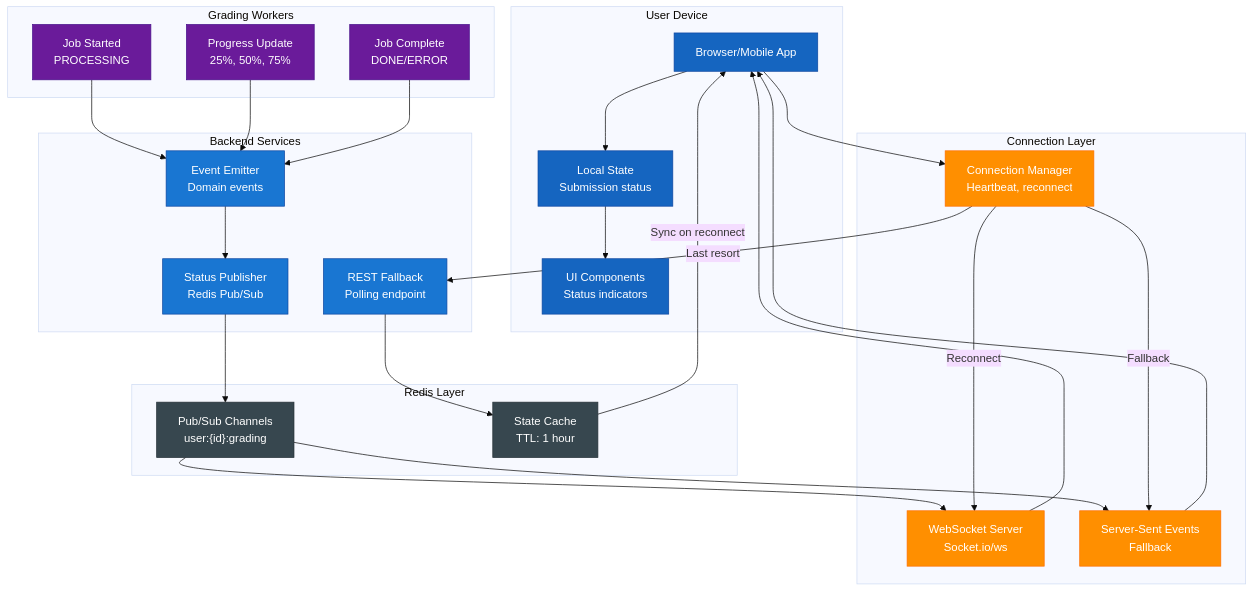
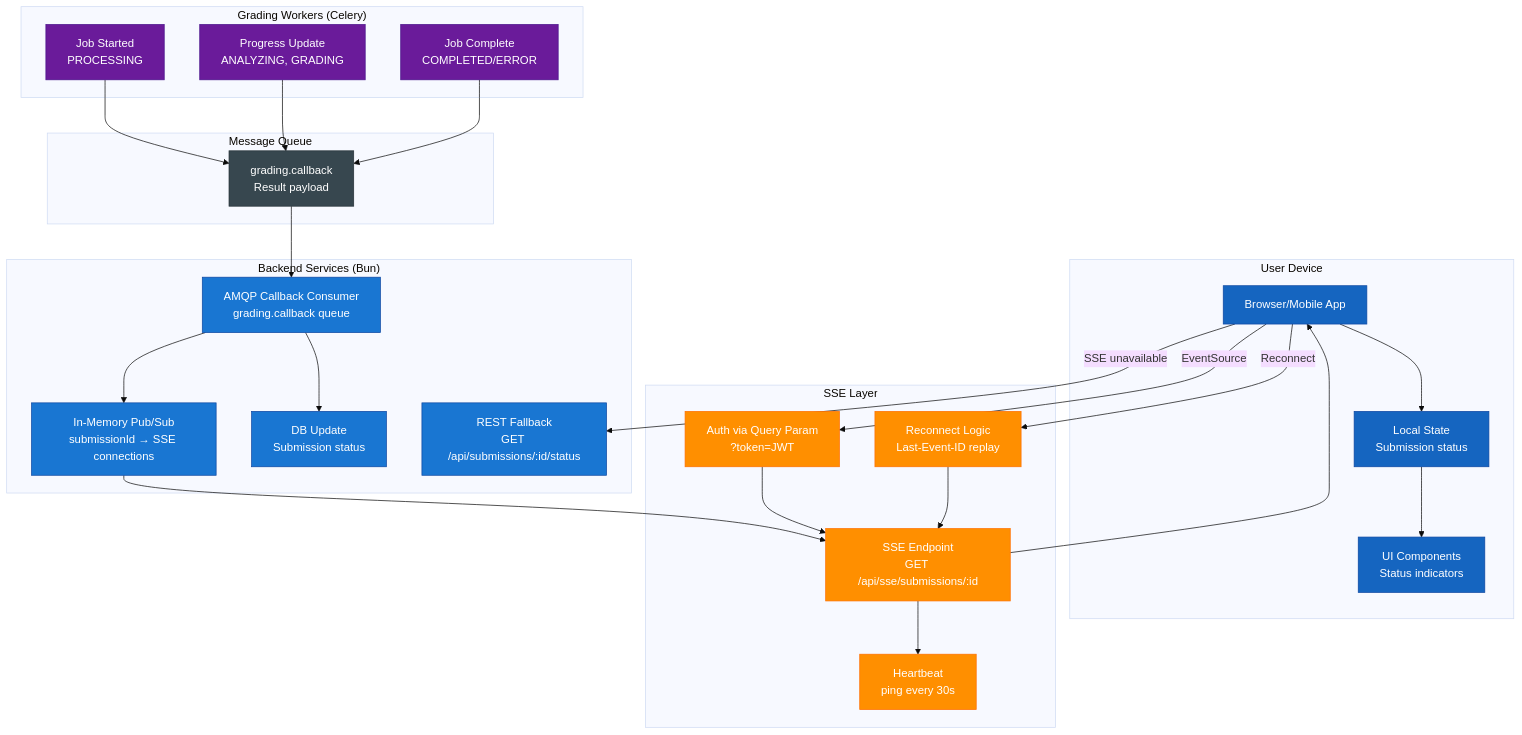
The fifth of 13 diagrams in docs/capstone/diagrams/flow-diagrams.vi.md (nghyane/VSTEP), drawn with Mermaid (base theme) before and after one commit. The commit also changed other lines of this file and 25 other files, not shown here.

````diff
--- a/docs/capstone/diagrams/flow-diagrams.vi.md
+++ b/docs/capstone/diagrams/flow-diagrams.vi.md
@@ -418,69 +415,70 @@
 ```mermaid
 flowchart TB
     subgraph UserDevice ["User Device"]
         Browser["Browser/Mobile App"]
         LocalState["Local State<br/>Submission status"]
         UI["UI Components<br/>Status indicators"]
     end
 
-    subgraph Connection ["Connection Layer"]
-        WebSocket["WebSocket Server<br/>Socket.io/ws"]
-        SSE["Server-Sent Events<br/>Fallback"]
-        ConnectionManager["Connection Manager<br/>Heartbeat, reconnect"]
+    subgraph SSELayer ["SSE Layer"]
+        SSEEndpoint["SSE Endpoint<br/>GET /api/sse/submissions/:id"]
+        SSEAuth["Auth via Query Param<br/>?token=JWT"]
+        Heartbeat["Heartbeat<br/>ping every 30s"]
+        ReconnectLogic["Reconnect Logic<br/>Last-Event-ID replay"]
     end
 
-    subgraph Backend ["Backend Services"]
-        StatusPublisher["Status Publisher<br/>Redis Pub/Sub"]
-        EventEmitter["Event Emitter<br/>Domain events"]
-        RESTFallback["REST Fallback<br/>Polling endpoint"]
+    subgraph Backend ["Backend Services (Bun)"]
+        CallbackConsumer["AMQP Callback Consumer<br/>grading.callback queue"]
+        InMemoryPubSub["In-Memory Pub/Sub<br/>submissionId → SSE connections"]
+        DBUpdate["DB Update<br/>Submission status"]
+        RESTFallback["REST Fallback<br/>GET /api/submissions/:id/status"]
     end
 
-    subgraph GradingWorkers ["Grading Workers"]
+    subgraph GradingWorkers ["Grading Workers (Celery)"]
         JobStart["Job Started<br/>PROCESSING"]
-        ProgressUpdate["Progress Update<br/>25%, 50%, 75%"]
-        JobComplete["Job Complete<br/>DONE/ERROR"]
+        ProgressUpdate["Progress Update<br/>ANALYZING, GRADING"]
+        JobComplete["Job Complete<br/>COMPLETED/ERROR"]
     end
 
-    subgraph Redis ["Redis Layer"]
-        PubSub["Pub/Sub Channels<br/>user:{id}:grading"]
-        StateCache["State Cache<br/>TTL: 1 hour"]
+    subgraph MessageQueue ["Message Queue"]
+        CallbackQueue["grading.callback<br/>Result payload"]
     end
 
-    %% Status flow
-    JobStart --> EventEmitter
-    ProgressUpdate --> EventEmitter
-    JobComplete --> EventEmitter
+    %% Grading → Callback flow
+    JobStart --> CallbackQueue
+    ProgressUpdate --> CallbackQueue
+    JobComplete --> CallbackQueue
 
-    EventEmitter --> StatusPublisher
-    StatusPublisher --> PubSub
-    PubSub --> WebSocket
-    PubSub --> SSE
+    %% AMQP Consumer → SSE bridge
+    CallbackQueue --> CallbackConsumer
+    CallbackConsumer --> DBUpdate
+    CallbackConsumer --> InMemoryPubSub
+    InMemoryPubSub --> SSEEndpoint
 
-    %% To user
-    WebSocket --> Browser
-    SSE --> Browser
+    %% SSE → User
+    SSEEndpoint --> Browser
     Browser --> LocalState
     LocalState --> UI
 
-    %% Connection management
-    Browser --> ConnectionManager
-    ConnectionManager -->|"Reconnect"| WebSocket
-    ConnectionManager -->|"Fallback"| SSE
-    ConnectionManager -->|"Last resort"| RESTFallback
+    %% SSE connection management
+    Browser -->|"EventSource"| SSEAuth
+    SSEAuth --> SSEEndpoint
+    SSEEndpoint --> Heartbeat
+    Browser -->|"Reconnect"| ReconnectLogic
+    ReconnectLogic --> SSEEndpoint
 
-    %% State sync
-    RESTFallback --> StateCache
-    StateCache -->|"Sync on reconnect"| Browser
+    %% Fallback
+    Browser -->|"SSE unavailable"| RESTFallback
 
     classDef user fill:#1565c0,stroke:#0d47a1,color:#fff
-    classDef conn fill:#ff8f00,stroke:#ff6f00,color:#fff
+    classDef sse fill:#ff8f00,stroke:#ff6f00,color:#fff
     classDef backend fill:#1976d2,stroke:#0d47a1,color:#fff
     classDef worker fill:#6a1b9a,stroke:#4a148c,color:#fff
-    classDef cache fill:#37474f,stroke:#263238,color:#fff
+    classDef queue fill:#37474f,stroke:#263238,color:#fff
 
     class Browser,LocalState,UI user
-    class WebSocket,SSE,ConnectionManager conn
-    class StatusPublisher,EventEmitter,RESTFallback backend
+    class SSEEndpoint,SSEAuth,Heartbeat,ReconnectLogic sse
+    class CallbackConsumer,InMemoryPubSub,DBUpdate,RESTFallback backend
     class JobStart,ProgressUpdate,JobComplete worker
-    class PubSub,StateCache cache
+    class CallbackQueue queue
 ```
````
